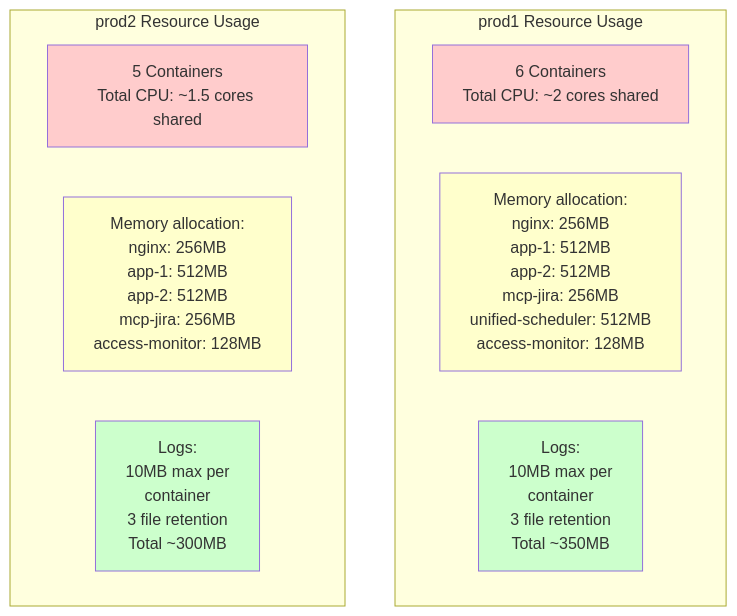
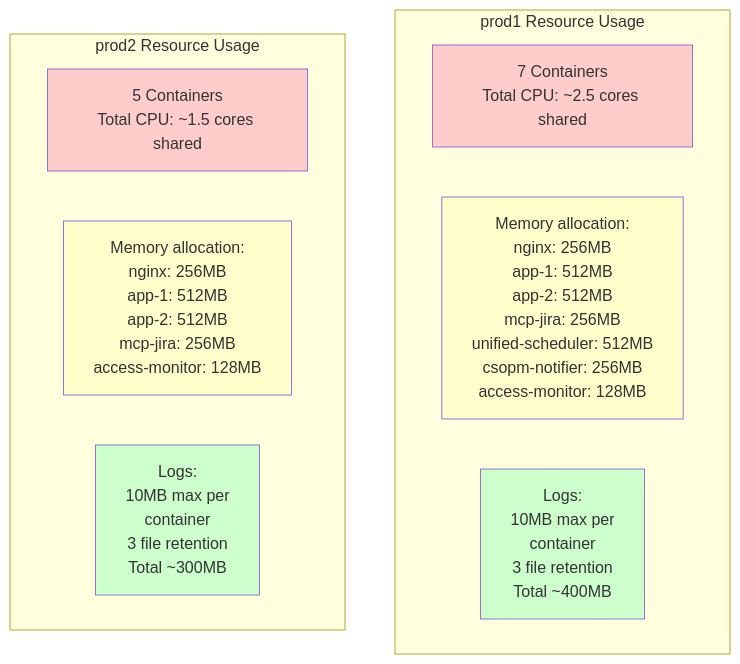
One commit to blueman82/mcp-exec changed the fifth of 5 diagrams in projects/ketchup/docs/diagrams/5-container-topology.md. Above: the diagram before and after it, drawn with Mermaid.

Commit message:
Update documentation: 5-container-topology.md via Edit [2026-01-22 11:30]

````diff
--- a/projects/ketchup/docs/diagrams/5-container-topology.md
+++ b/projects/ketchup/docs/diagrams/5-container-topology.md
@@ -233,21 +233,21 @@
 ```mermaid
 graph TB
     subgraph "prod1 Resource Usage"
-        CPU1["6 Containers<br/>Total CPU: ~2 cores shared"]
-        Memory1["Memory allocation:<br/>nginx: 256MB<br/>app-1: 512MB<br/>app-2: 512MB<br/>mcp-jira: 256MB<br/>unified-scheduler: 512MB<br/>access-monitor: 128MB"]
-        Storage1["Logs:<br/>10MB max per<br/>container<br/>3 file retention<br/>Total ~350MB"]
+        CPU1["7 Containers<br/>Total CPU: ~2.5 cores shared"]
+        Memory1["Memory allocation:<br/>nginx: 256MB<br/>app-1: 512MB<br/>app-2: 512MB<br/>mcp-jira: 256MB<br/>unified-scheduler: 512MB<br/>csopm-notifier: 256MB<br/>access-monitor: 128MB"]
+        Storage1["Logs:<br/>10MB max per<br/>container<br/>3 file retention<br/>Total ~400MB"]
     end
 
     subgraph "prod2 Resource Usage"
         CPU2["5 Containers<br/>Total CPU: ~1.5 cores shared"]
         Memory2["Memory allocation:<br/>nginx: 256MB<br/>app-1: 512MB<br/>app-2: 512MB<br/>mcp-jira: 256MB<br/>access-monitor: 128MB"]
         Storage2["Logs:<br/>10MB max per<br/>container<br/>3 file retention<br/>Total ~300MB"]
     end
 
     style CPU1 fill:#ffcccc
     style Memory1 fill:#ffffcc
     style Storage1 fill:#ccffcc
     style CPU2 fill:#ffcccc
     style Memory2 fill:#ffffcc
     style Storage2 fill:#ccffcc
 ```
````
